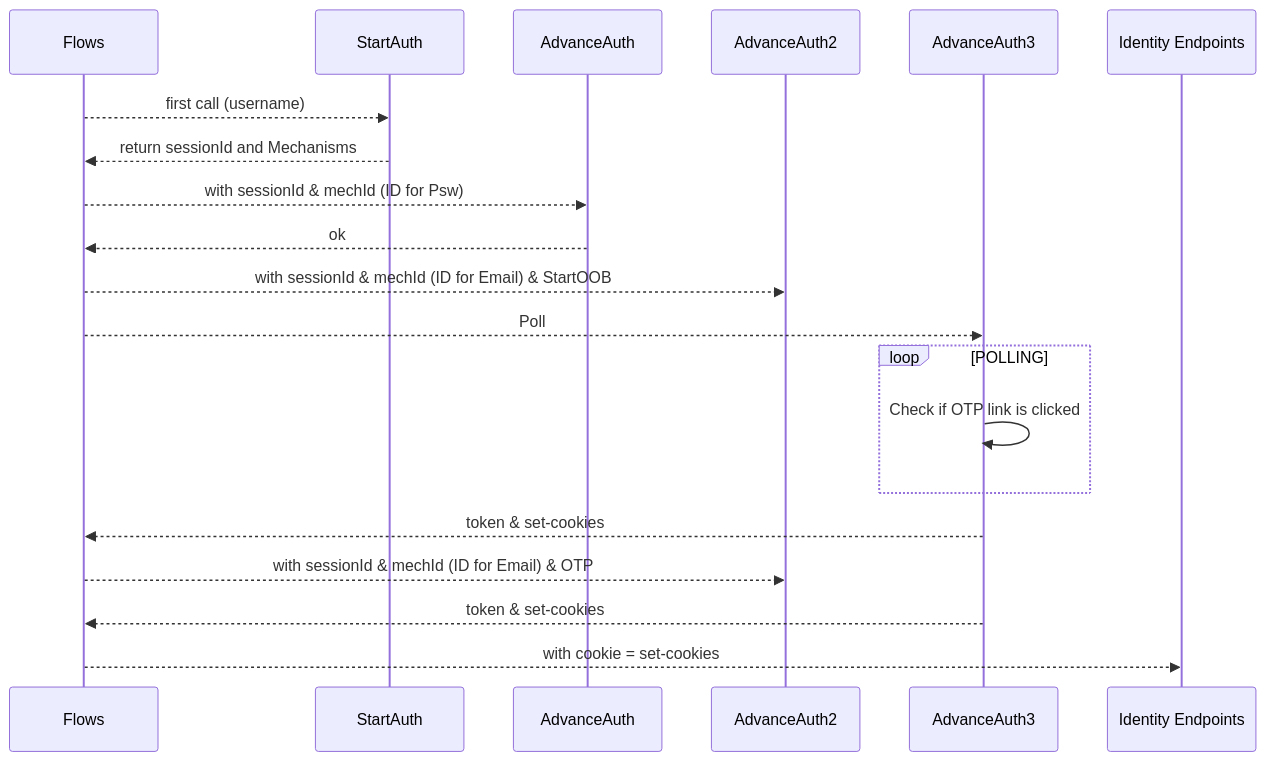
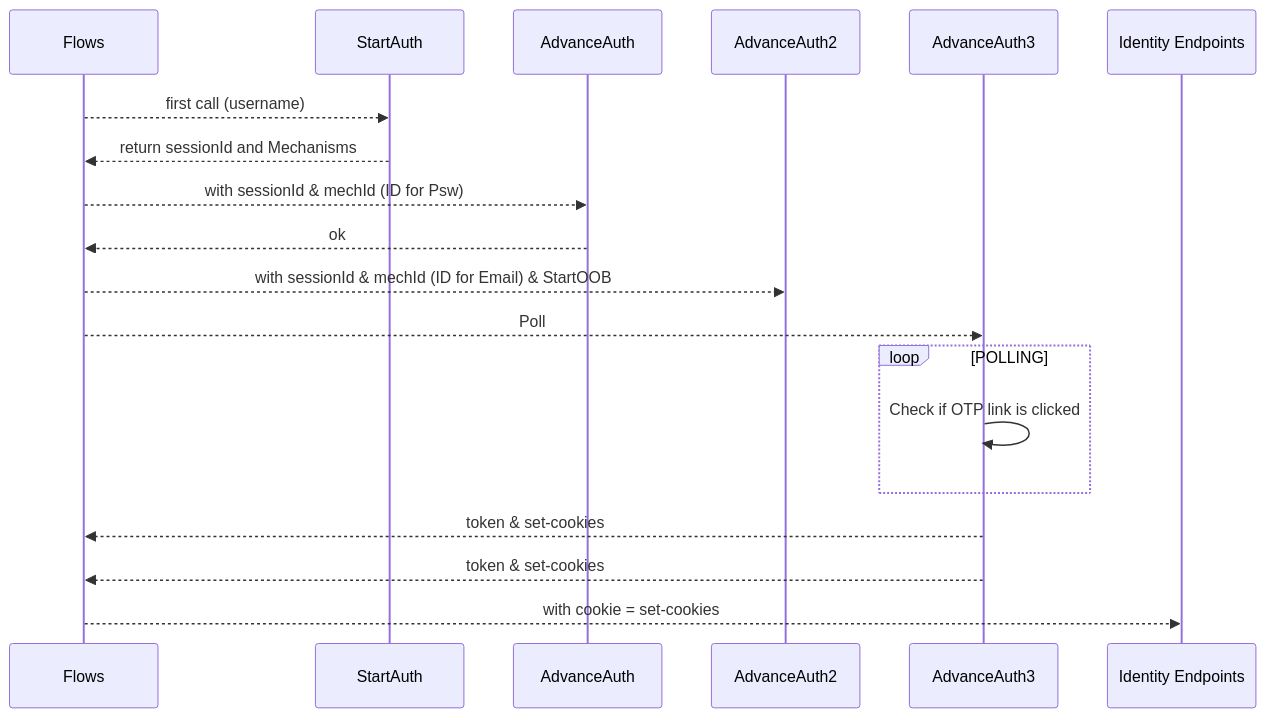
One commit to horemansp/CyberArk changed the third of 3 diagrams in FLOWS/Tutorial-Materials/T1-17/UserContextAuthentication/readme.md. Above: the diagram before and after it, drawn with Mermaid.

````diff
--- a/FLOWS/Tutorial-Materials/T1-17/UserContextAuthentication/readme.md
+++ b/FLOWS/Tutorial-Materials/T1-17/UserContextAuthentication/readme.md
@@ -33,16 +33,15 @@
 ```mermaid
 sequenceDiagram
 Flows-->>StartAuth:first call (username)
 StartAuth-->>Flows:return sessionId and Mechanisms
 Flows-->>AdvanceAuth:with sessionId & mechId (ID for Psw)
 AdvanceAuth-->>Flows:ok
 Flows-->>AdvanceAuth2:with sessionId & mechId (ID for Email) & StartOOB
 Flows-->>AdvanceAuth3: Poll
 loop POLLING
     AdvanceAuth3->>AdvanceAuth3: Check if OTP link is clicked
 end
 AdvanceAuth3-->>Flows:token & set-cookies
-Flows-->>AdvanceAuth2:with sessionId & mechId (ID for Email) & OTP
 AdvanceAuth3-->>Flows:token & set-cookies
 Flows-->>Identity Endpoints: with cookie = set-cookies
 ```
````
